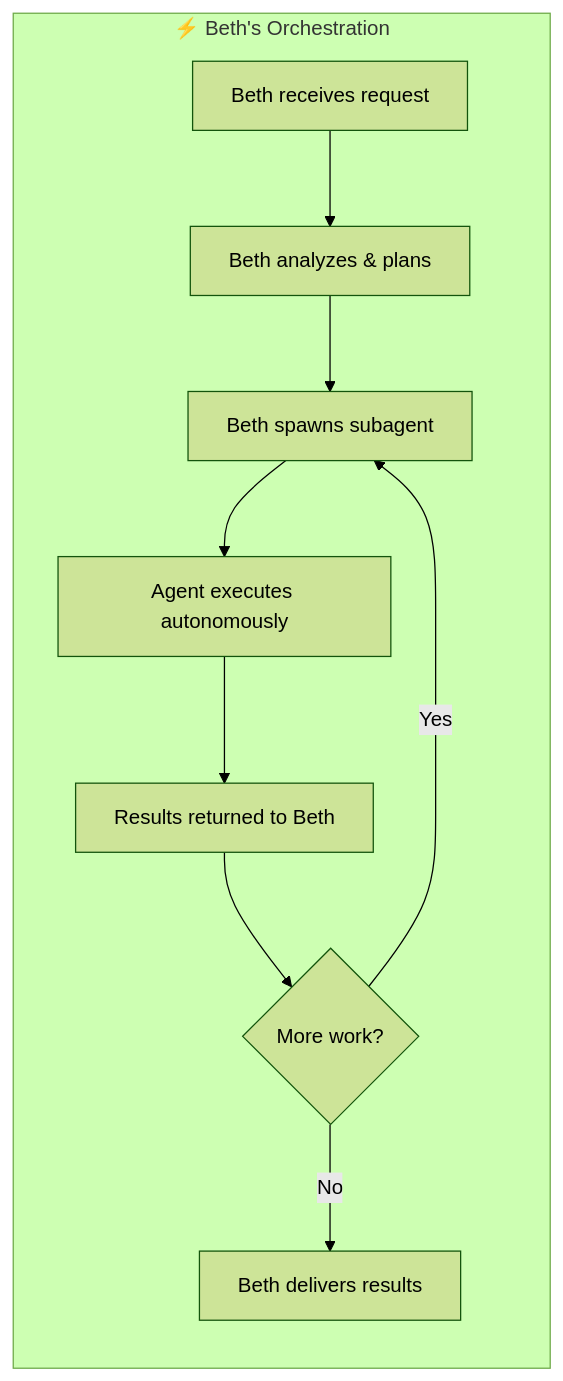
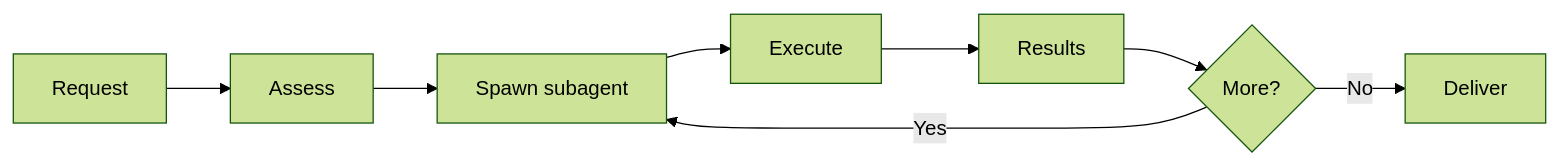
Before and after one commit to shyamsridhar123/ATV-AgentSkillsDemo: the second of 9 diagrams in docs/SYSTEM-FLOW.md, drawn with Mermaid (forest theme). The commit also changed other lines of this file and 2 other files, not shown here.

Commit message:
beth-7bo: Simplify all architecture mermaid diagrams in README.md and SYSTEM-FLOW.md

````diff
--- a/docs/SYSTEM-FLOW.md
+++ b/docs/SYSTEM-FLOW.md
@@ -82,17 +20,8 @@
 ```mermaid
-flowchart TB
-    subgraph Orchestration["⚡ Beth's Orchestration"]
-        direction TB
-        B1[Beth receives request]
-        B2[Beth analyzes & plans]
-        B3[Beth spawns subagent]
-        B4[Agent executes autonomously]
-        B5[Results returned to Beth]
-        B6{More work?}
-        B7[Beth delivers results]
-        
-        B1 --> B2 --> B3 --> B4 --> B5 --> B6
-        B6 -->|Yes| B3
-        B6 -->|No| B7
-    end
+flowchart LR
+    Request["Request"] --> Assess --> Spawn["Spawn subagent"]
+    Spawn --> Execute --> Results
+    Results --> More{More?}
+    More -->|Yes| Spawn
+    More -->|No| Deliver["Deliver"]
 ```
````
